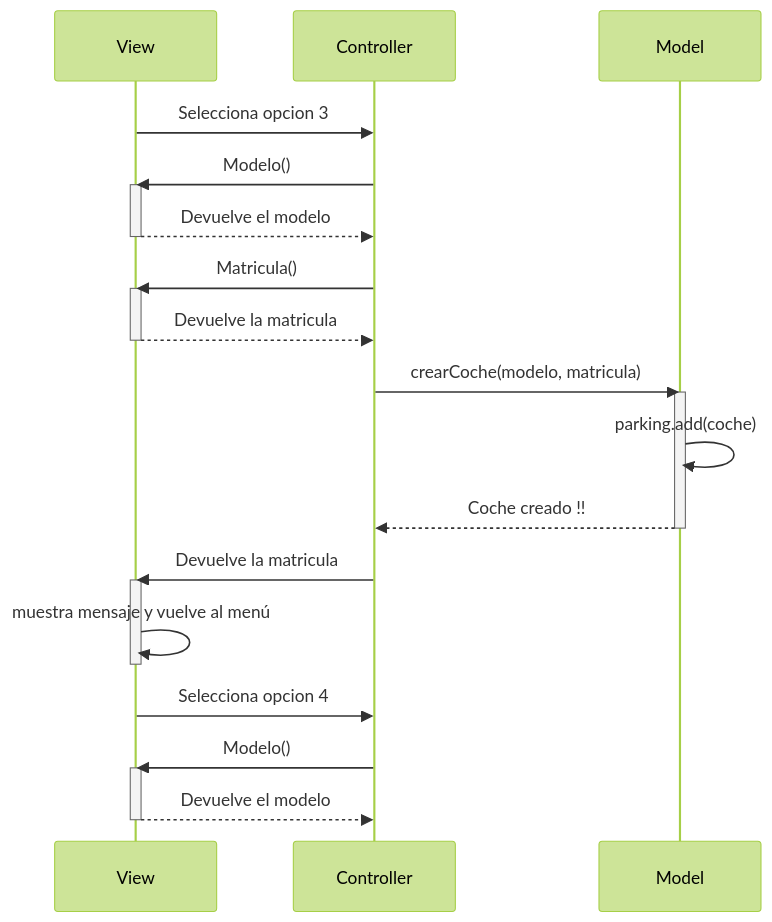
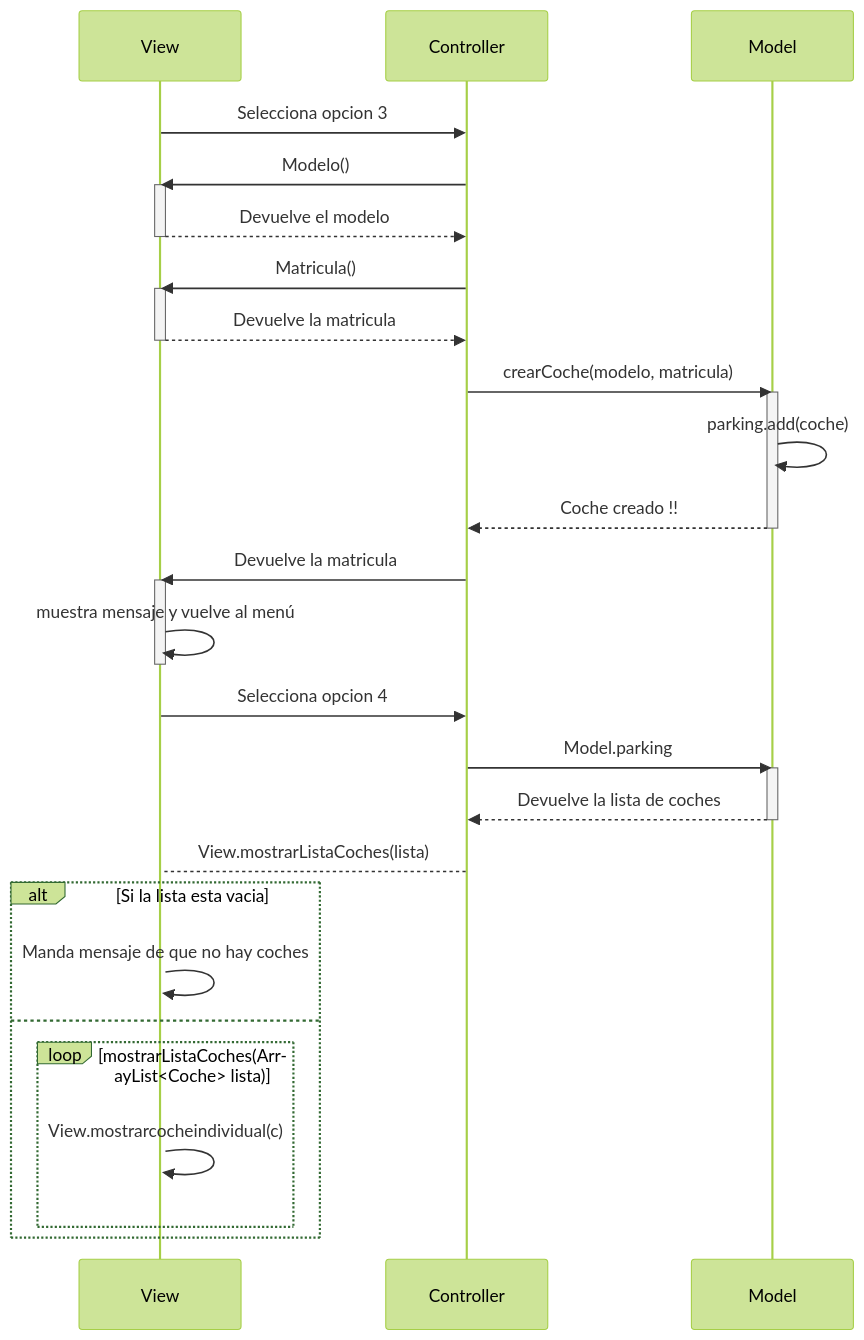
Before and after one commit to shermidagre/COD: the second of 2 diagrams in Readme.md, drawn with Mermaid (forest theme).

Commit message:
prueba en la lista de coches

````diff
--- a/Readme.md
+++ b/Readme.md
@@ -37,37 +37,46 @@
 ```mermaid
 sequenceDiagram
 participant View
 participant Controller
 participant Model
 
     View->>Controller: Selecciona opcion 3
     Controller->>View: Modelo()
     activate View
     View-->>Controller: Devuelve el modelo
     deactivate View
     
     Controller->>View: Matricula()
     activate View
     View-->>Controller: Devuelve la matricula
     deactivate View
     
     Controller->>Model: crearCoche(modelo, matricula)
     activate Model
     Model->>Model: parking.add(coche)
     Model-->>Controller: Coche creado !!
     deactivate Model
     
     Controller->>View: Devuelve la matricula
     activate View
     View->>View: muestra mensaje y vuelve al menú
     deactivate View
     
     View->>Controller: Selecciona opcion 4
-    Controller->>View: Modelo()
+    Controller->>Model: Model.parking
+    activate Model
+    Model-->>Controller: Devuelve la lista de coches
+    deactivate Model
+    Controller-->View: View.mostrarListaCoches(lista)
     activate View
-    View-->>Controller: Devuelve el modelo
-    deactivate View
+    alt Si la lista esta vacia
+    View->>View: Manda mensaje de que no hay coches
+    else 
+        loop mostrarListaCoches(ArrayList<Coche> lista) 
+            View->>View: View.mostrarcocheindividual(c)
+        end
+        end
     
     
     
 ```
````
